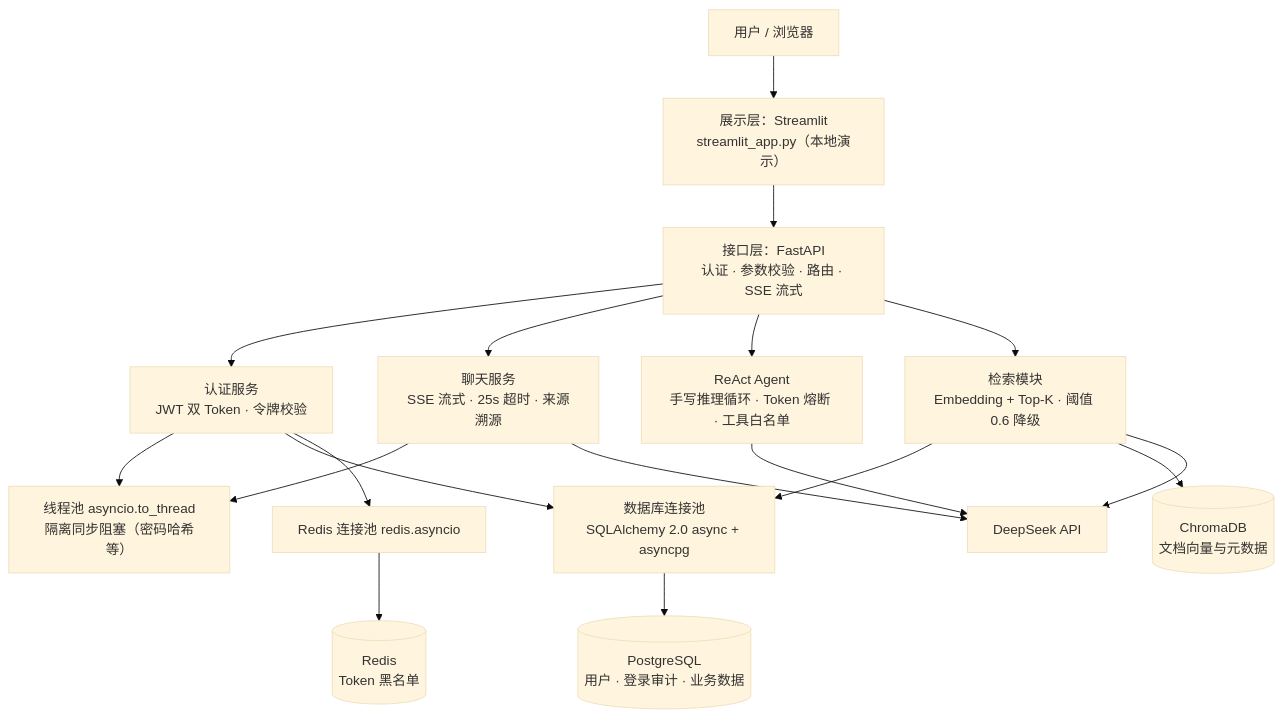
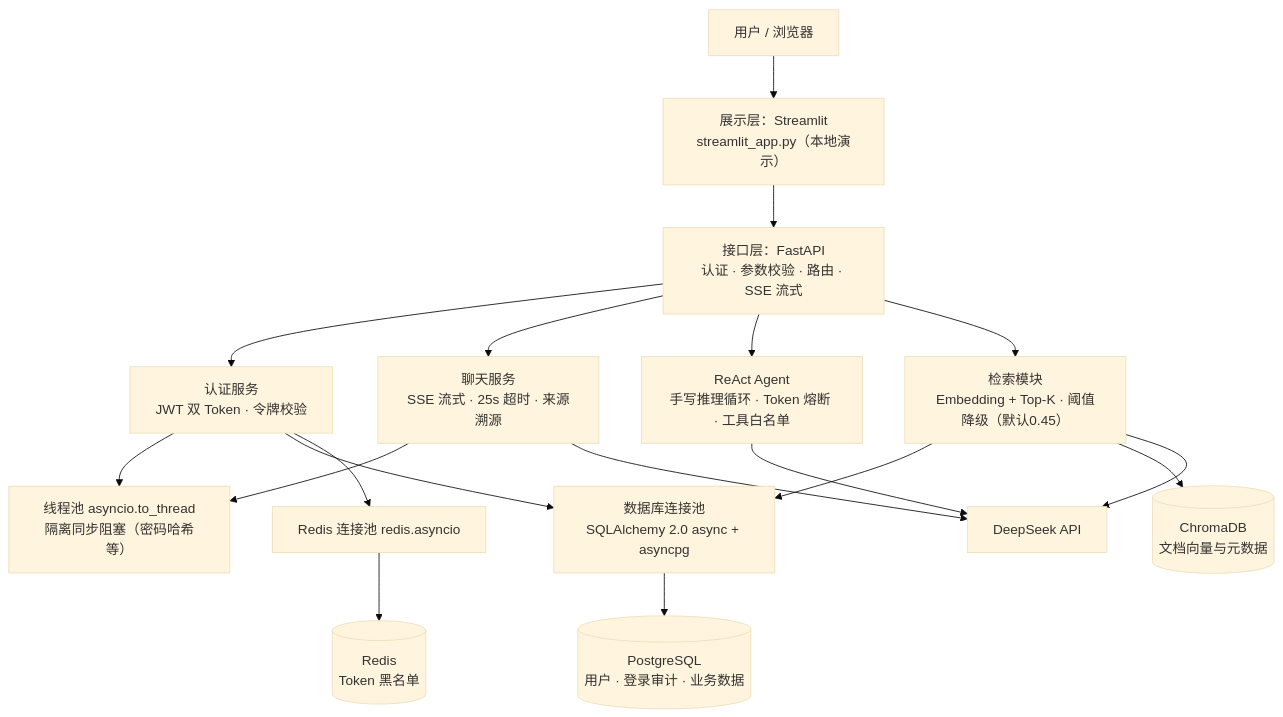
The diagram in README.md (yangjian7zhong/FastAPI-AI-Backend), drawn with Mermaid (base theme) before and after one commit. The commit also changed other lines of this file and 2 other files, not shown here.

First line of the commit message:
docs: 同步 RAG 阈值描述 0.6->0.45，补全 README 迁移/接口/环境变量遗漏

````diff
--- a/README.md
+++ b/README.md
@@ -20,34 +20,34 @@
 ```mermaid
 flowchart TB
     U[用户 / 浏览器]
     ST[展示层：Streamlit<br/>streamlit_app.py（本地演示）]
     API[接口层：FastAPI<br/>认证 · 参数校验 · 路由 · SSE 流式]
     AUTH[认证服务<br/>JWT 双 Token · 令牌校验]
     CHAT[聊天服务<br/>SSE 流式 · 25s 超时 · 来源溯源]
     AGENT[ReAct Agent<br/>手写推理循环 · Token 熔断 · 工具白名单]
-    RAG[检索模块<br/>Embedding + Top-K · 阈值 0.6 降级]
+    RAG[检索模块<br/>Embedding + Top-K · 阈值降级（默认0.45）]
     THREAD[线程池 asyncio.to_thread<br/>隔离同步阻塞（密码哈希等）]
     DBPOOL[数据库连接池<br/>SQLAlchemy 2.0 async + asyncpg]
     RPOOL[Redis 连接池 redis.asyncio]
     PG[(PostgreSQL<br/>用户 · 登录审计 · 业务数据)]
     RD[(Redis<br/>Token 黑名单)]
     CH[(ChromaDB<br/>文档向量与元数据)]
     LLM[DeepSeek API]
     U --> ST
     ST --> API
     API --> AUTH
     API --> CHAT
     API --> AGENT
     API --> RAG
     CHAT --> THREAD
     AUTH --> THREAD
     RAG --> DBPOOL
     AUTH --> DBPOOL
     AUTH --> RPOOL
     DBPOOL --> PG
     RPOOL --> RD
     CHAT --> LLM
     AGENT --> LLM
     RAG --> CH
     RAG --> LLM
 ```
````
